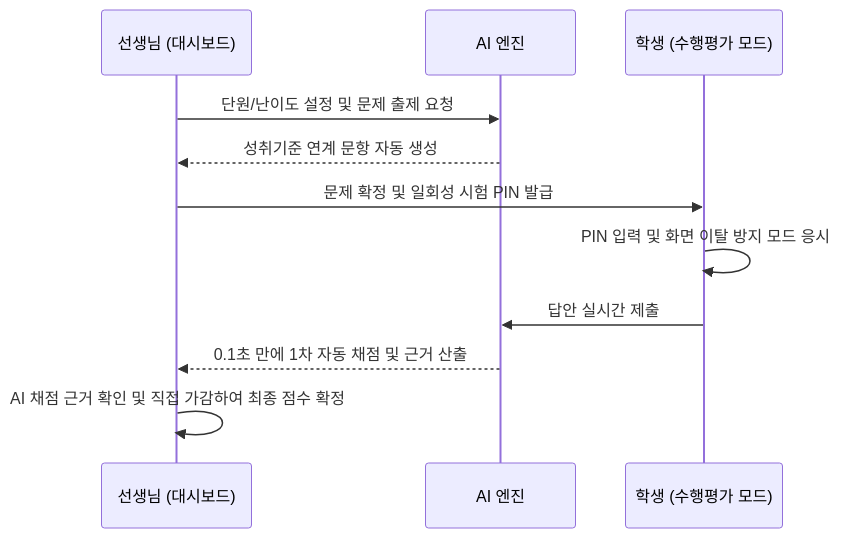
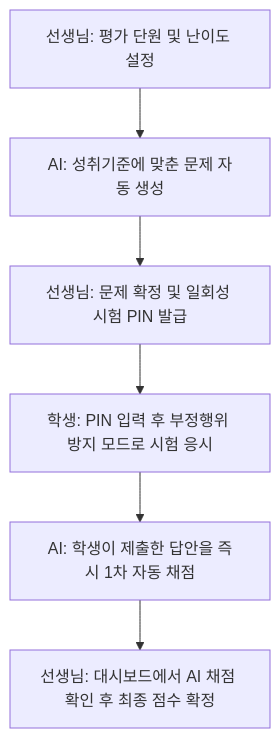
The fourth of 4 diagrams in 04_실적설명서/실적설명서.md (YOUNGDAE-PARK/dimigo-exam), drawn with Mermaid before and after one commit.

Commit message:
docs: 교사용 2단계 채점 워크플로우를 중학생 수준에 맞는 직관적인 흐름도(Flowchart)로 수정

````diff
--- a/04_실적설명서/실적설명서.md
+++ b/04_실적설명서/실적설명서.md
@@ -79,13 +79,8 @@
 ```mermaid
-sequenceDiagram
-    participant T as 선생님 (대시보드)
-    participant AI as AI 엔진
-    participant S as 학생 (수행평가 모드)
-    T->>AI: 단원/난이도 설정 및 문제 출제 요청
-    AI-->>T: 성취기준 연계 문항 자동 생성
-    T->>S: 문제 확정 및 일회성 시험 PIN 발급
-    S->>S: PIN 입력 및 화면 이탈 방지 모드 응시
-    S->>AI: 답안 실시간 제출
-    AI-->>T: 0.1초 만에 1차 자동 채점 및 근거 산출
-    T->>T: AI 채점 근거 확인 및 직접 가감하여 최종 점수 확정
+flowchart TD
+    Step1[선생님: 평가 단원 및 난이도 설정] --> Step2[AI: 성취기준에 맞춘 문제 자동 생성]
+    Step2 --> Step3[선생님: 문제 확정 및 일회성 시험 PIN 발급]
+    Step3 --> Step4[학생: PIN 입력 후 부정행위 방지 모드로 시험 응시]
+    Step4 --> Step5[AI: 학생이 제출한 답안을 즉시 1차 자동 채점]
+    Step5 --> Step6[선생님: 대시보드에서 AI 채점 확인 후 최종 점수 확정]
 ```
````
